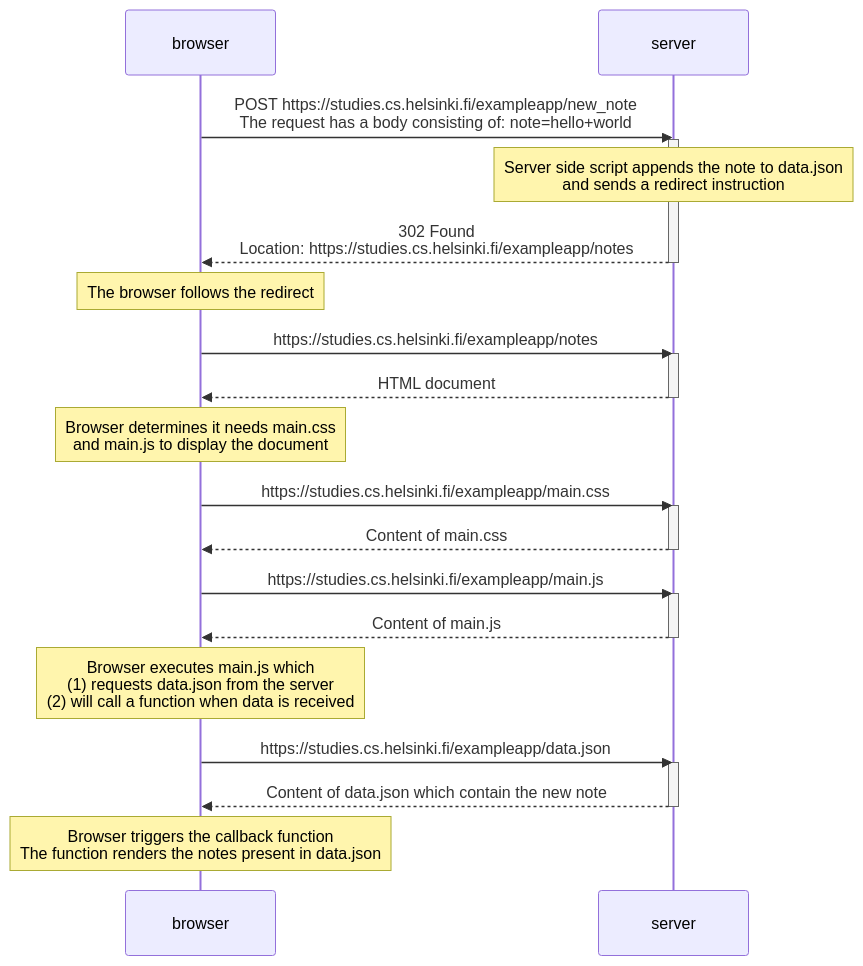
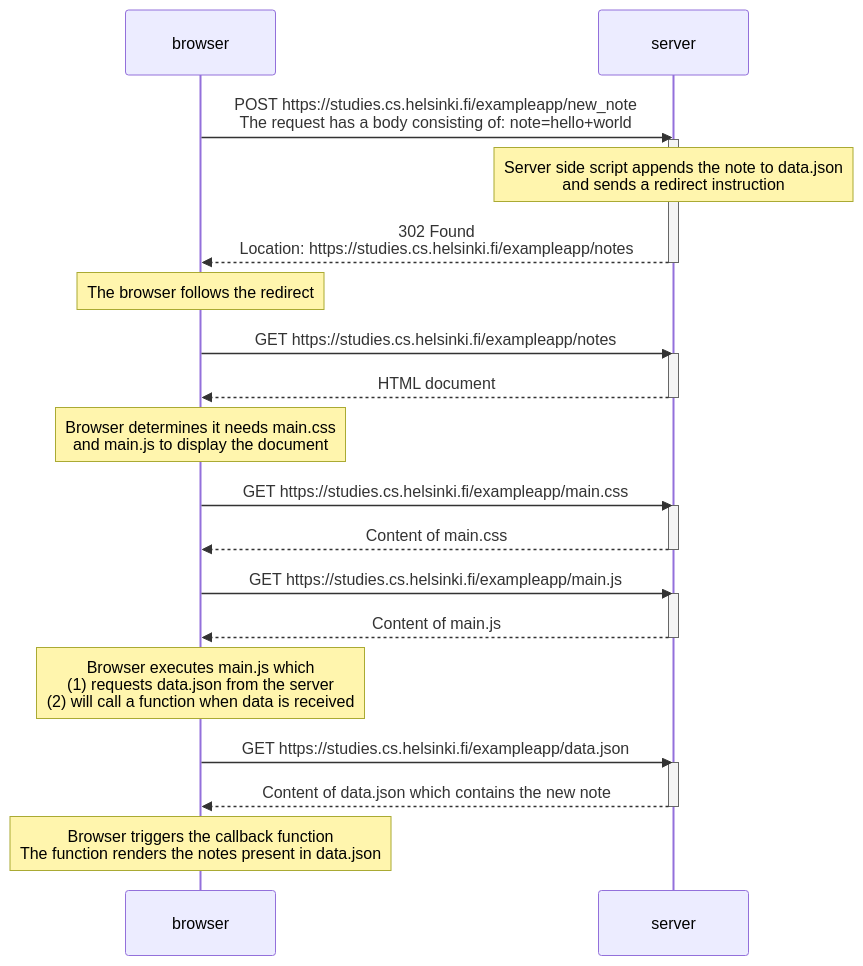
The diagram in part0/ex-4.md (salmanarshad2000/fullstackopen), drawn with Mermaid before and after one commit. The commit also changed 1 other file, not shown here.

Commit message:
part 0 - review 2

````diff
--- a/part0/ex-4.md
+++ b/part0/ex-4.md
@@ -3,36 +3,36 @@
 ```mermaid
 sequenceDiagram
     participant browser
     participant server
 
     browser->>server: POST https://studies.cs.helsinki.fi/exampleapp/new_note<br>The request has a body consisting of: note=hello+world
     activate server
     Note over server: Server side script appends the note to data.json<br>and sends a redirect instruction
     server-->>browser: 302 Found<br>Location: https://studies.cs.helsinki.fi/exampleapp/notes
     deactivate server
 
     Note over browser: The browser follows the redirect
-    browser->>server: https://studies.cs.helsinki.fi/exampleapp/notes
+    browser->>server: GET https://studies.cs.helsinki.fi/exampleapp/notes
     activate server
     server-->>browser: HTML document
     deactivate server
 
     Note over browser: Browser determines it needs main.css<br>and main.js to display the document
-    browser->>server: https://studies.cs.helsinki.fi/exampleapp/main.css
+    browser->>server: GET https://studies.cs.helsinki.fi/exampleapp/main.css
     activate server
     server-->>browser: Content of main.css
     deactivate server
 
-    browser->>server: https://studies.cs.helsinki.fi/exampleapp/main.js
+    browser->>server: GET https://studies.cs.helsinki.fi/exampleapp/main.js
     activate server
     server-->>browser: Content of main.js
     deactivate server
 
     Note over browser: Browser executes main.js which<br>(1) requests data.json from the server<br>(2) will call a function when data is received
-    browser->>server: https://studies.cs.helsinki.fi/exampleapp/data.json
+    browser->>server: GET https://studies.cs.helsinki.fi/exampleapp/data.json
     activate server
-    server-->>browser: Content of data.json which contain the new note
+    server-->>browser: Content of data.json which contains the new note
     deactivate server
 
     Note over browser: Browser triggers the callback function<br>The function renders the notes present in data.json
 ```
````
